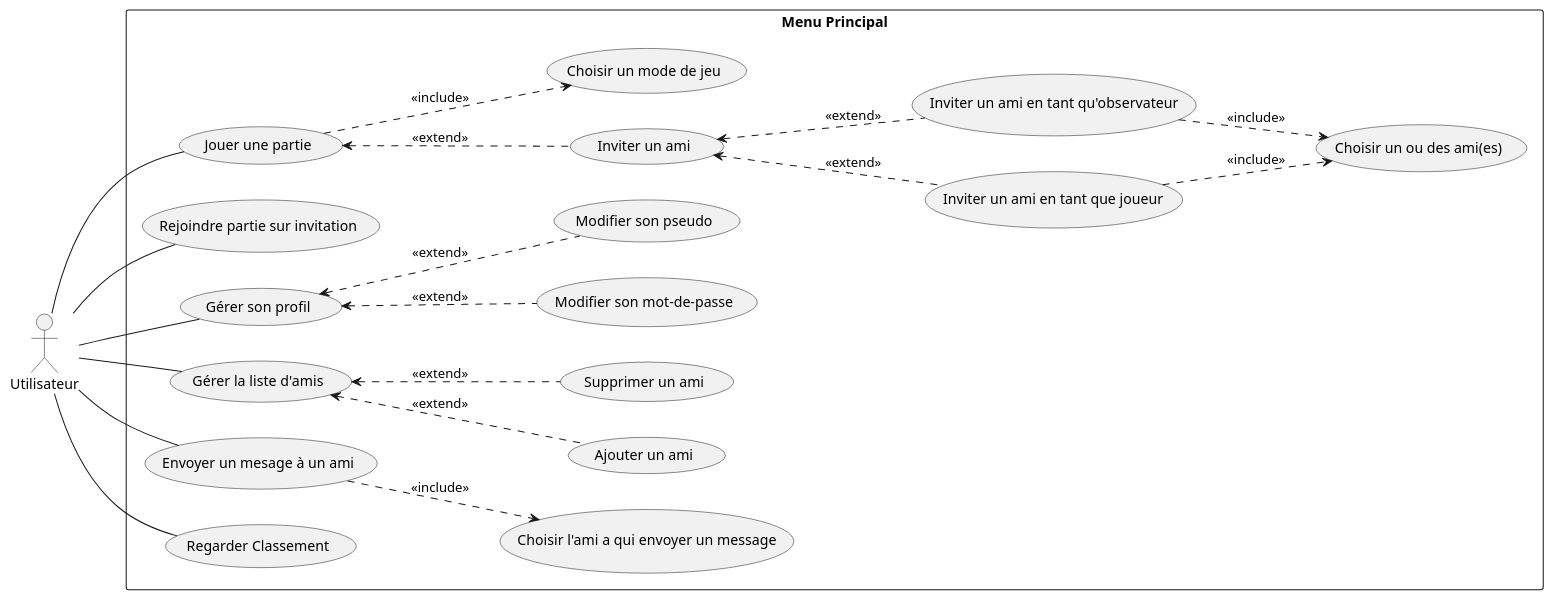
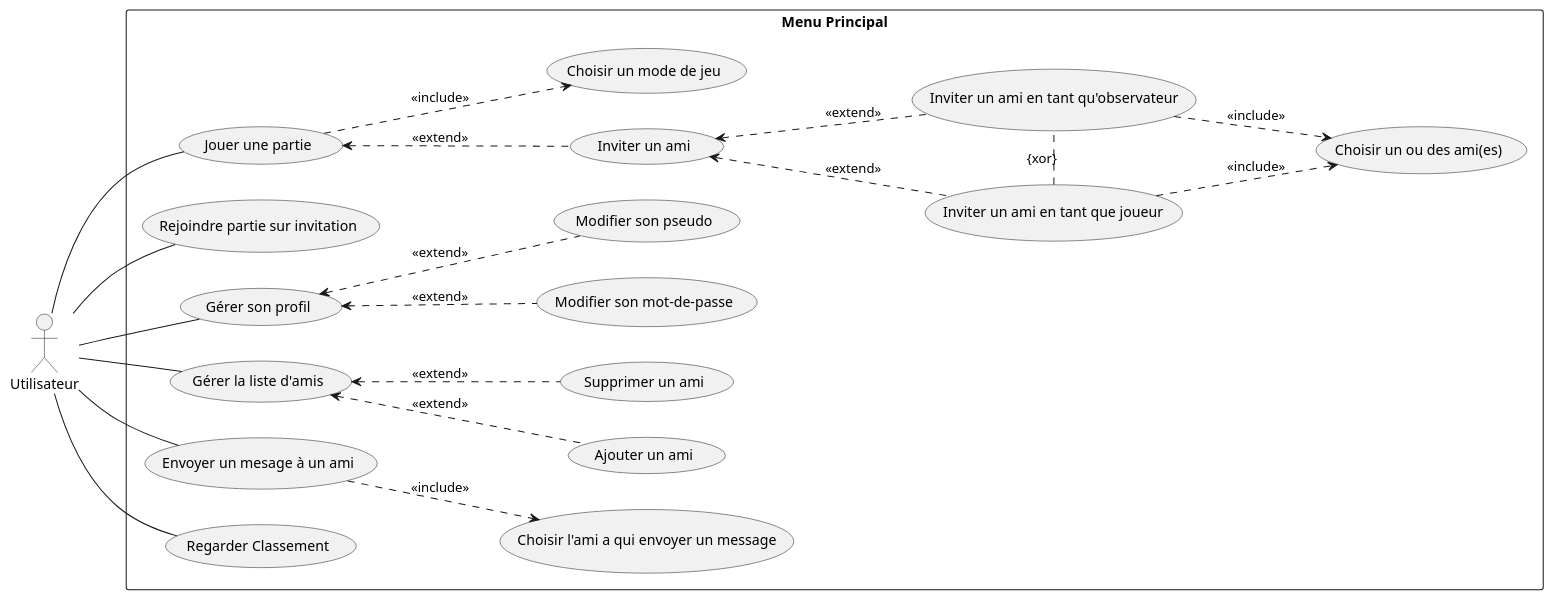
Before and after one commit to ulb-info2-group5/Royal-Blocks: the diagram in SRD-DOC/uml/usescase/menu-principal/menu_principal.plantuml, drawn with PlantUML.

Commit message:
xor between invite as player and invite as viewer

```diff
--- a/SRD-DOC/uml/usescase/menu-principal/menu_principal.plantuml
+++ b/SRD-DOC/uml/usescase/menu-principal/menu_principal.plantuml
@@ -1,64 +1,66 @@
 @startuml menu_principal
 
 'common usecase for manage_friendlist and send_message
 
 left to right direction
 actor Utilisateur as user
 
 rectangle "Menu Principal" as main_menu {
     '### Game
     usecase "Jouer une partie" as play_game
     usecase "Rejoindre partie sur invitation" as join_friend_game
     usecase "Inviter un ami" as invite_friend
     'Game options
     usecase "Choisir un mode de jeu" as choose_gamemode
 
     '### Social
     usecase "Gérer son profil" as manage_profile
     usecase "Gérer la liste d'amis" as manage_friendlist
     usecase "Envoyer un mesage à un ami" as chat_with_friend
     usecase "Choisir l'ami a qui envoyer un message" as choose_friend_to_chat
 
     usecase "Choisir un ou des ami(es)" as choose_friend
 
     'Manage profile options
     usecase "Modifier son mot-de-passe" as change_password
     usecase "Modifier son pseudo" as change_nickname
     'Manage friend list options
     usecase "Ajouter un ami" as add_friend
     usecase "Supprimer un ami" as remove_friend
     'Invite Friend Options
     usecase "Inviter un ami en tant que joueur" as invite_friend_as_player
     usecase "Inviter un ami en tant qu'observateur" as invite_friend_as_viewer
 
     '### Ranking
     usecase "Regarder Classement" as view_ranking
 }
 
 (play_game) <-. (invite_friend): <<extend>>
 (play_game) .-> (choose_gamemode): <<include>>
 (manage_friendlist) <-. (add_friend): <<extend>>
 (manage_friendlist) <-. (remove_friend): <<extend>>
 (manage_profile) <-. (change_password): <<extend>>
 (manage_profile) <-. (change_nickname): <<extend>>
 
 'TODO: This should be a logical XOR
 (invite_friend) <-. (invite_friend_as_player) : <<extend>>
+
 (invite_friend) <-. (invite_friend_as_viewer) : <<extend>>
-
+(invite_friend_as_player) .  (invite_friend_as_viewer) : {xor}
 (chat_with_friend) .-> (choose_friend_to_chat): <<include>>
 
 (invite_friend_as_player) .-> (choose_friend): <<include>>
 (invite_friend_as_viewer) .-> (choose_friend): <<include>>
+
 
 user -- play_game
 user -- join_friend_game
 
 user -- manage_profile
 user -- manage_friendlist
 user -- chat_with_friend
 
 user -- view_ranking
 
 
 @enduml
```
